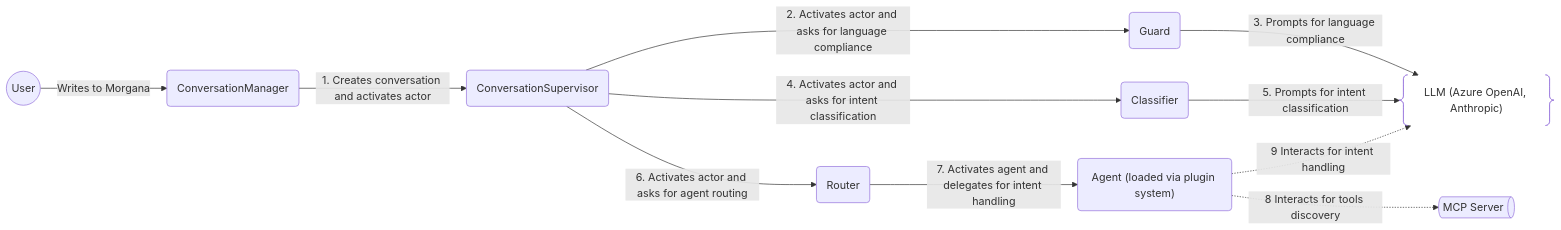
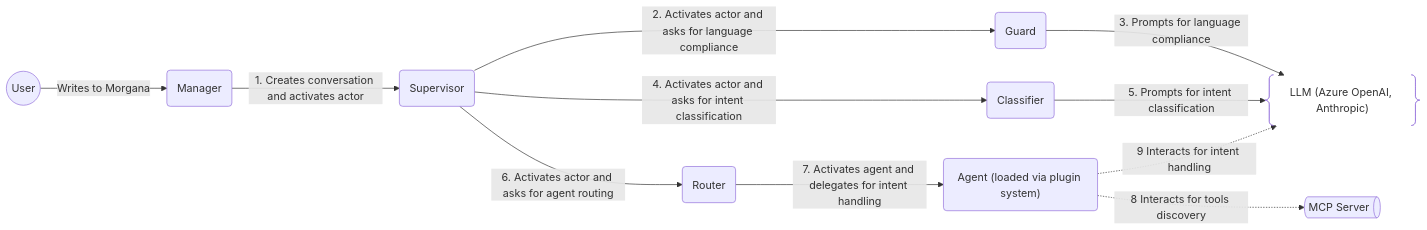
The first of 2 diagrams in README.md (mdesalvo/Morgana), drawn with Mermaid before and after one commit. The commit also changed other lines of this file, not shown here.

````diff
--- a/README.md
+++ b/README.md
@@ -45,17 +45,18 @@
 ```mermaid
 graph LR
   U@{shape: circle, label: "User"} -- Writes to Morgana --> CM@{shape: rounded, label: "ConversationManager"}
-  CM@{shape: rounded, label: "ConversationManager"} -- 1. Creates conversation and activates actor --> SV@{shape: rounded, label: "ConversationSupervisor"}
+  CM@{shape: rounded, label: "Manager"} -- 1. Creates conversation and activates actor --> SV@{shape: rounded, label: "Supervisor"}
 
-  SV@{shape: rounded, label: "ConversationSupervisor"} -- 2. Activates actor and asks for language compliance --> G@{shape: rounded, label: "Guard"}
-  SV@{shape: rounded, label: "ConversationSupervisor"} -- 4. Activates actor and asks for intent classification --> C@{shape: rounded, label: "Classifier"}
-  SV@{shape: rounded, label: "ConversationSupervisor"} -- 6. Activates actor and asks for agent routing --> R@{shape: rounded, label: "Router"}
+  SV@{shape: rounded, label: "Supervisor"} -- 2. Activates actor and asks for language compliance --> G@{shape: rounded, label: "Guard"}
+  SV@{shape: rounded, label: "Supervisor"} -- 4. Activates actor and asks for intent classification --> C@{shape: rounded, label: "Classifier"}
+  SV@{shape: rounded, label: "Supervisor"} -- 6. Activates actor and asks for agent routing --> R@{shape: rounded, label: "Router"}
 
   G@{shape: rounded, label: "Guard"} -- 3. Prompts for language compliance --> LLM
 
   C@{shape: rounded, label: "Classifier"} -- 5. Prompts for intent classification --> LLM
 
   R@{shape: rounded, label: "Router"} -- 7. Activates agent and delegates for intent handling --> MA@{shape: rounded, label: "Agent (loaded via plugin system)"}
+
   MA@{shape: rounded, label: "Agent (loaded via plugin system)"} -. 8 Interacts for tools discovery .-> MCP@{shape: das, label: "MCP Server"}
   MA@{shape: rounded, label: "Agent (loaded via plugin system)"} -. 9 Interacts for intent handling .-> LLM@{shape: braces, label: "LLM (Azure OpenAI, Anthropic)"}
 ```
````
